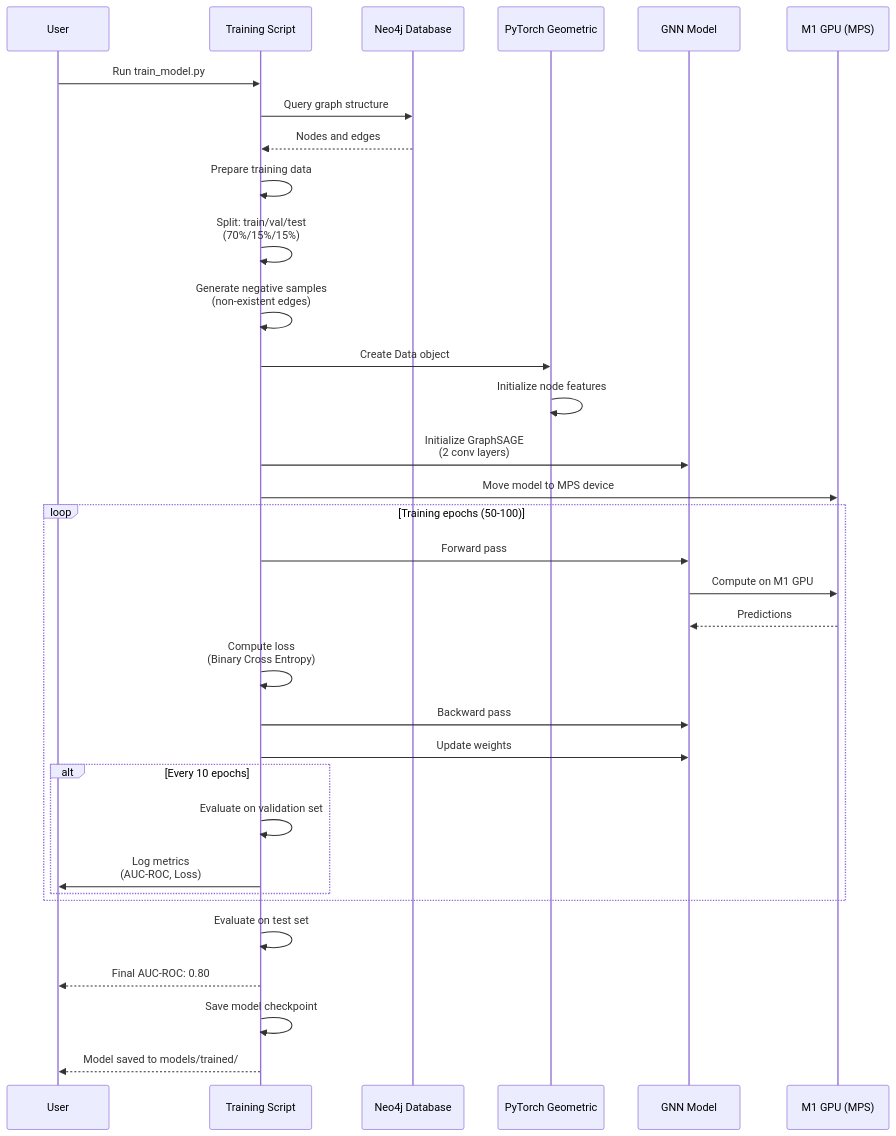
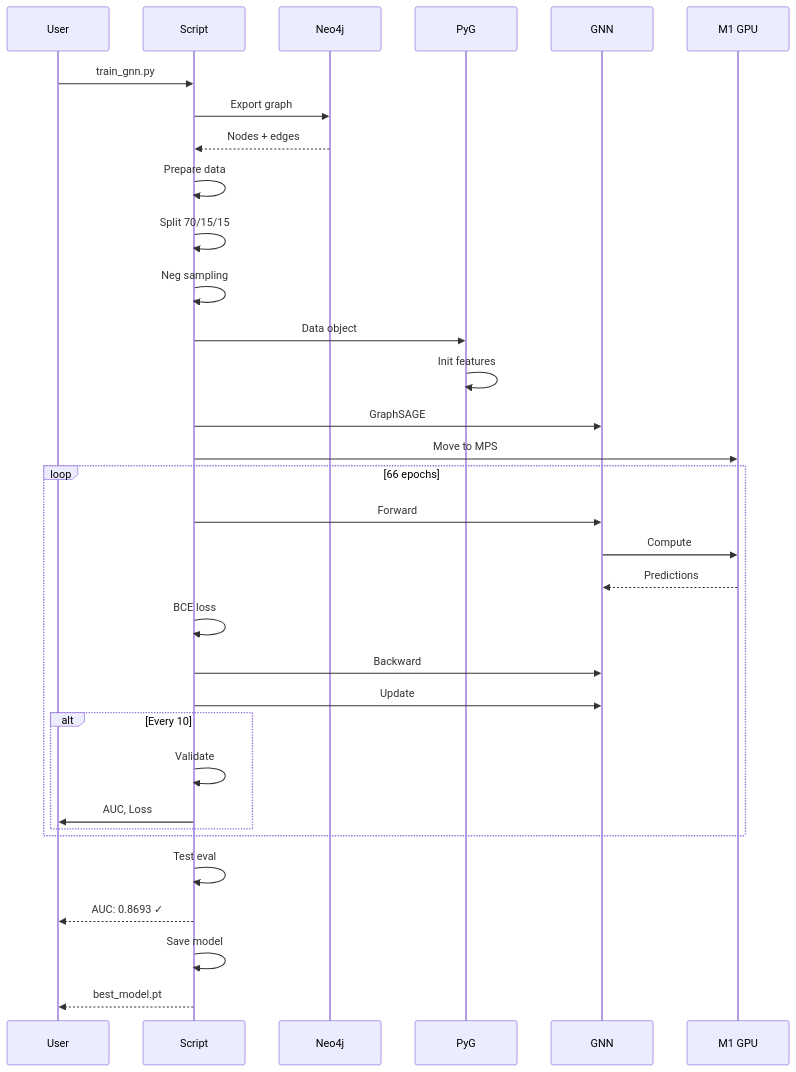
Before and after one commit to k1chik/workspace: the sixth of 7 diagrams in medical-kg-drug-repurposing/README.md, drawn with Mermaid. The commit also changed other lines of this file, not shown here.

First line of the commit message:
Update README with improved diagrams and current project status

````diff
--- a/medical-kg-drug-repurposing/README.md
+++ b/medical-kg-drug-repurposing/README.md
@@ -290,44 +386,44 @@
 ```mermaid
 sequenceDiagram
-    participant User
-    participant Script as Training Script
-    participant Neo4j as Neo4j Database
-    participant PyG as PyTorch Geometric
-    participant Model as GNN Model
-    participant GPU as M1 GPU (MPS)
+    participant U as User
+    participant S as Script
+    participant N as Neo4j
+    participant P as PyG
+    participant M as GNN
+    participant G as M1 GPU
 
-    User->>Script: Run train_model.py
-    Script->>Neo4j: Query graph structure
-    Neo4j-->>Script: Nodes and edges
+    U->>S: train_gnn.py
+    S->>N: Export graph
+    N-->>S: Nodes + edges
 
-    Script->>Script: Prepare training data
-    Script->>Script: Split: train/val/test<br/>(70%/15%/15%)
-    Script->>Script: Generate negative samples<br/>(non-existent edges)
+    S->>S: Prepare data
+    S->>S: Split 70/15/15
+    S->>S: Neg sampling
 
-    Script->>PyG: Create Data object
-    PyG->>PyG: Initialize node features
+    S->>P: Data object
+    P->>P: Init features
 
-    Script->>Model: Initialize GraphSAGE<br/>(2 conv layers)
-    Script->>GPU: Move model to MPS device
+    S->>M: GraphSAGE
+    S->>G: Move to MPS
 
-    loop Training epochs (50-100)
-        Script->>Model: Forward pass
-        Model->>GPU: Compute on M1 GPU
-        GPU-->>Model: Predictions
+    loop 66 epochs
+        S->>M: Forward
+        M->>G: Compute
+        G-->>M: Predictions
 
-        Script->>Script: Compute loss<br/>(Binary Cross Entropy)
-        Script->>Model: Backward pass
-        Script->>Model: Update weights
+        S->>S: BCE loss
+        S->>M: Backward
+        S->>M: Update
 
-        alt Every 10 epochs
-            Script->>Script: Evaluate on validation set
-            Script->>User: Log metrics<br/>(AUC-ROC, Loss)
+        alt Every 10
+            S->>S: Validate
+            S->>U: AUC, Loss
         end
     end
 
-    Script->>Script: Evaluate on test set
-    Script-->>User: Final AUC-ROC: 0.80
+    S->>S: Test eval
+    S-->>U: AUC: 0.8693 ✓
 
-    Script->>Script: Save model checkpoint
-    Script-->>User: Model saved to models/trained/
+    S->>S: Save model
+    S-->>U: best_model.pt
 ```
````
